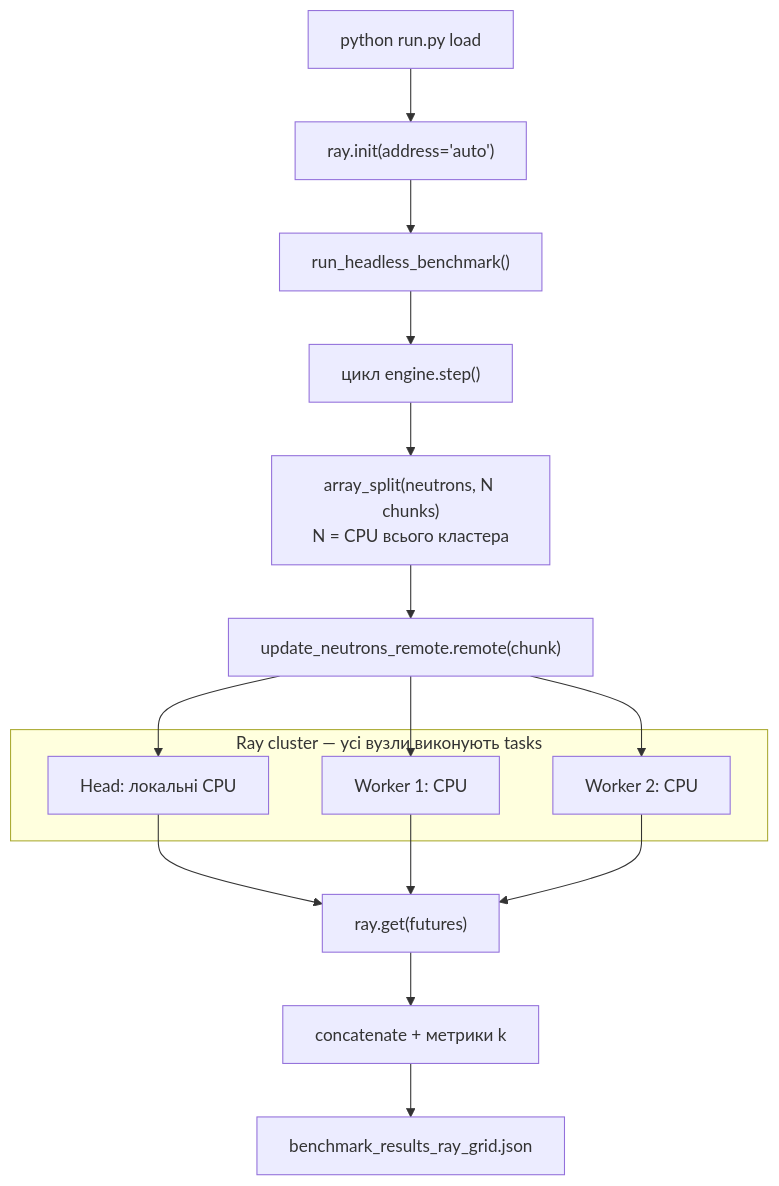
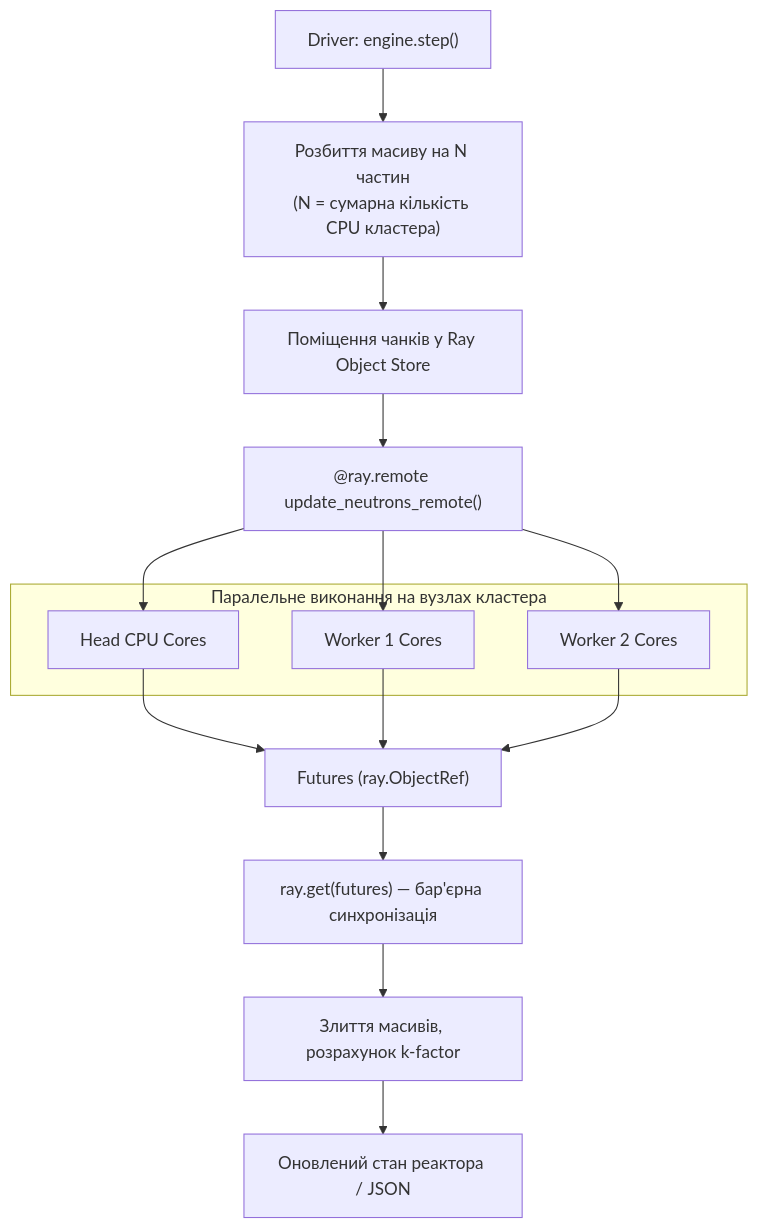
One commit to vplanto/cloud_grid changed the second of 2 diagrams in docs/p02_ray_grid.md. Above: the diagram before and after it, drawn with Mermaid. The commit also changed other lines of this file, not shown here.

````diff
--- a/docs/p02_ray_grid.md
+++ b/docs/p02_ray_grid.md
@@ -88,24 +87,24 @@
 ```mermaid
 flowchart TD
-    CLI["python run.py load"] --> Init["ray.init(address='auto')"]
-    Init --> Bench["run_headless_benchmark()"]
-    Bench --> Loop["цикл engine.step()"]
-    Loop --> Split["array_split(neutrons, N chunks)<br>N = CPU всього кластера"]
-    Split --> Remote["update_neutrons_remote.remote(chunk)"]
+    Driver["Driver: engine.step()"] --> Split["Розбиття масиву на N частин<br>(N = сумарна кількість CPU кластера)"]
+    Split --> Put["Поміщення чанків у Ray Object Store"]
+    Put --> Tasks["@ray.remote update_neutrons_remote()"]
 
-    subgraph Cluster ["Ray cluster — усі вузли виконують tasks"]
-        WH["Head: локальні CPU"]
-        W1["Worker 1: CPU"]
-        W2["Worker 2: CPU"]
+    subgraph Cluster ["Паралельне виконання на вузлах кластера"]
+        WH["Head CPU Cores"]
+        W1["Worker 1 Cores"]
+        W2["Worker 2 Cores"]
     end
 
-    Remote --> WH
-    Remote --> W1
-    Remote --> W2
+    Tasks --> WH
+    Tasks --> W1
+    Tasks --> W2
 
-    WH --> Get["ray.get(futures)"]
-    W1 --> Get
-    W2 --> Get
-    Get --> Merge["concatenate + метрики k"]
-    Merge --> JSON["benchmark_results_ray_grid.json"]
+    WH --> Fut["Futures (ray.ObjectRef)"]
+    W1 --> Fut
+    W2 --> Fut
+
+    Fut --> Get["ray.get(futures) — бар'єрна синхронізація"]
+    Get --> Reduce["Злиття масивів, розрахунок k-factor"]
+    Reduce --> Out["Оновлений стан реактора / JSON"]
 ```
````
